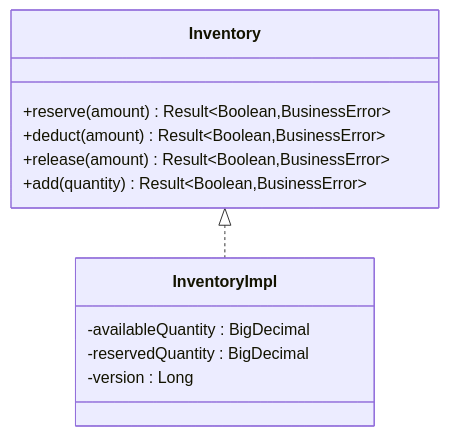
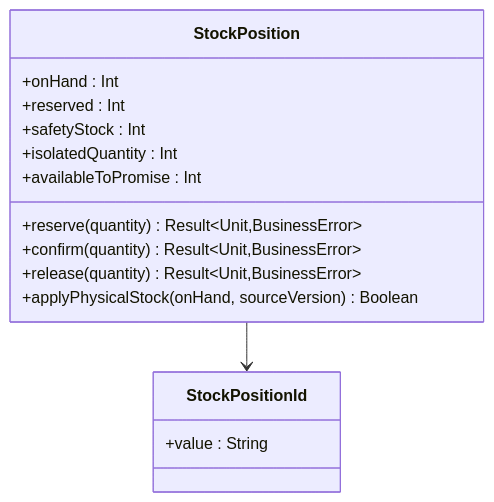
The third of 7 diagrams in .qoder/repowiki/en/content/Goods Catalog Module/Inventory Management System/Inventory Management System.md (ddd-mall/j-store), drawn with Mermaid before and after one commit. The commit also changed other lines of this file and 334 other files, not shown here.

````diff
--- a/.qoder/repowiki/en/content/Goods Catalog Module/Inventory Management System/Inventory Management System.md
+++ b/.qoder/repowiki/en/content/Goods Catalog Module/Inventory Management System/Inventory Management System.md
@@ -160,15 +154,18 @@
 ```mermaid
 classDiagram
-class Inventory {
-+reserve(amount) Result~Boolean,BusinessError~
-+deduct(amount) Result~Boolean,BusinessError~
-+release(amount) Result~Boolean,BusinessError~
-+add(quantity) Result~Boolean,BusinessError~
+class StockPosition {
++onHand : Int
++reserved : Int
++safetyStock : Int
++isolatedQuantity : Int
++availableToPromise : Int
++reserve(quantity) Result~Unit,BusinessError~
++confirm(quantity) Result~Unit,BusinessError~
++release(quantity) Result~Unit,BusinessError~
++applyPhysicalStock(onHand, sourceVersion) Boolean
 }
-class InventoryImpl {
--availableQuantity : BigDecimal
--reservedQuantity : BigDecimal
--version : Long
+class StockPositionId {
++value : String
 }
-Inventory <|.. InventoryImpl
+StockPosition --> StockPositionId
 ```
````
